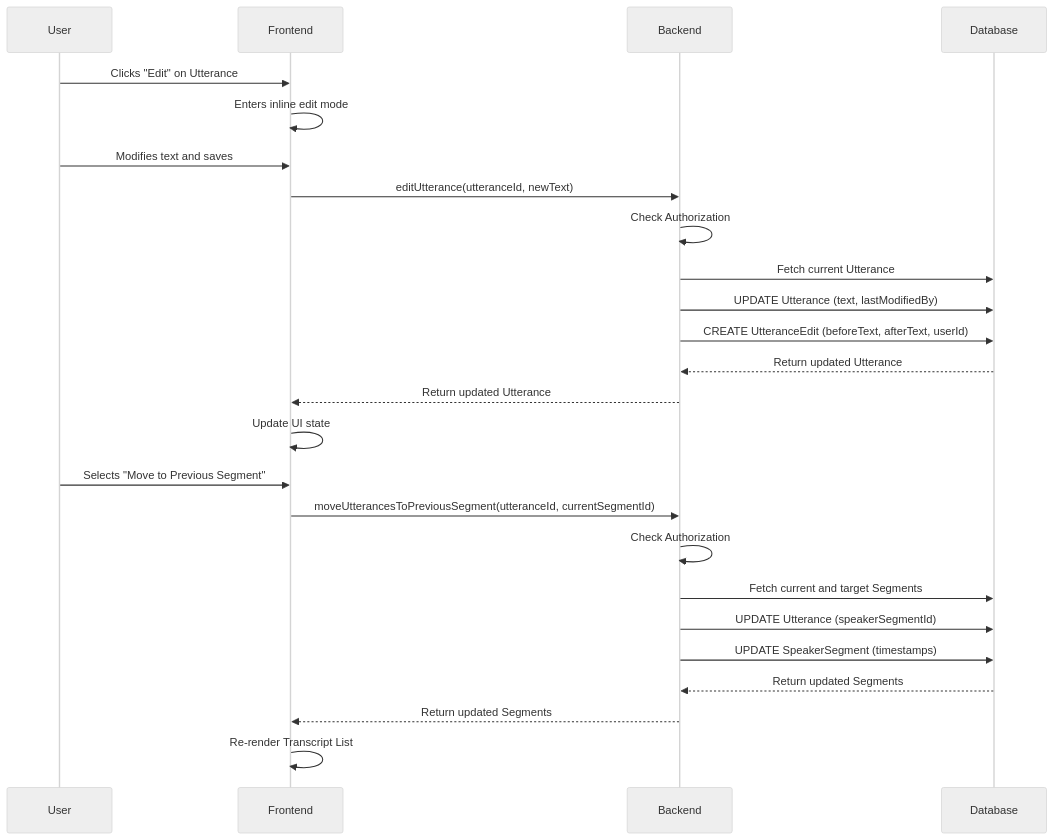
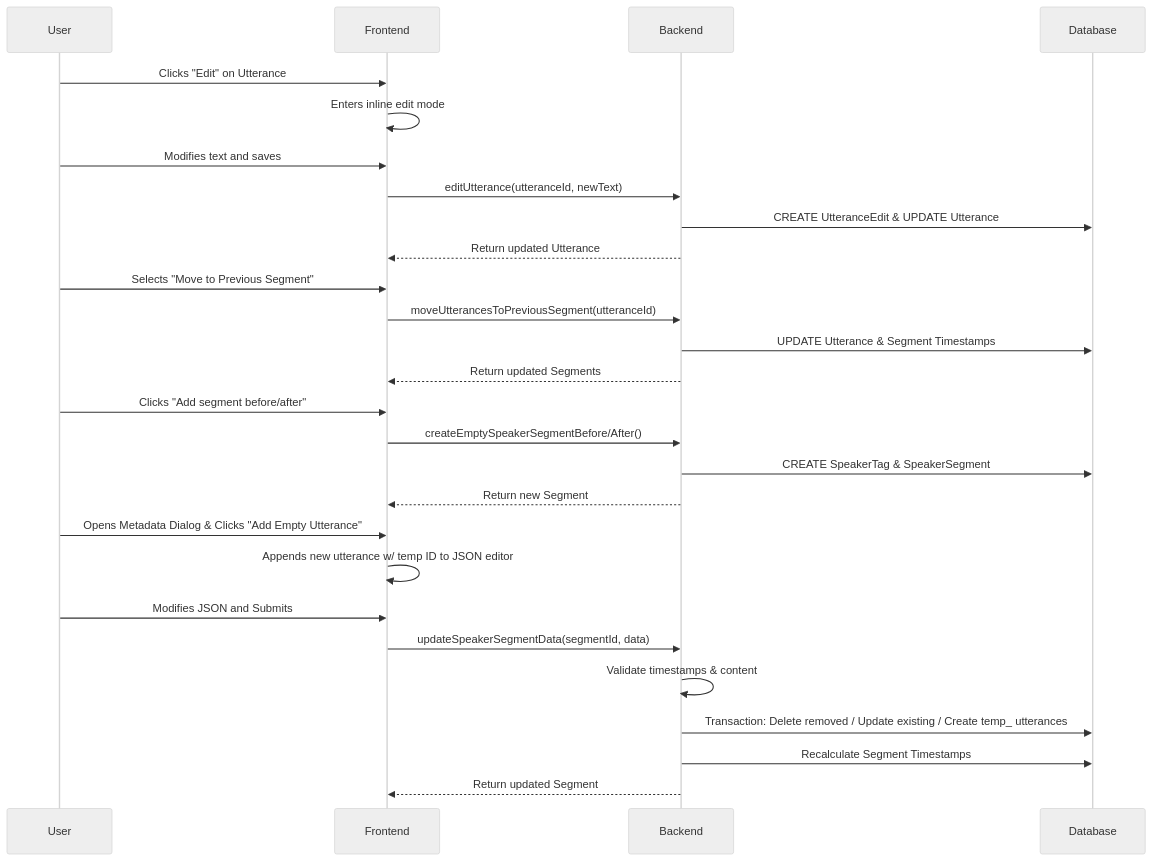
Before and after one commit to schemalabz/opencouncil: the diagram in docs/guides/editing-interface.md, drawn with Mermaid (neutral theme). The commit also changed other lines of this file and 3 other files, not shown here.

First line of the commit message:
feat(transcript): add functionality to add empty utterances in SpeakerSegmentMetadataDialog

````diff
--- a/docs/guides/editing-interface.md
+++ b/docs/guides/editing-interface.md
@@ -29,31 +38,37 @@
 ```mermaid
 sequenceDiagram
     participant User
     participant Frontend
     participant Backend
     participant Database
 
     %% Text Editing Flow
     User->>Frontend: Clicks "Edit" on Utterance
     Frontend->>Frontend: Enters inline edit mode
     User->>Frontend: Modifies text and saves
     Frontend->>Backend: editUtterance(utteranceId, newText)
-    Backend->>Backend: Check Authorization
-    Backend->>Database: Fetch current Utterance
-    Backend->>Database: UPDATE Utterance (text, lastModifiedBy)
-    Backend->>Database: CREATE UtteranceEdit (beforeText, afterText, userId)
-    Database-->>Backend: Return updated Utterance
+    Backend->>Database: CREATE UtteranceEdit & UPDATE Utterance
     Backend-->>Frontend: Return updated Utterance
-    Frontend->>Frontend: Update UI state
 
     %% Structural Editing Flow
     User->>Frontend: Selects "Move to Previous Segment"
-    Frontend->>Backend: moveUtterancesToPreviousSegment(utteranceId, currentSegmentId)
-    Backend->>Backend: Check Authorization
-    Backend->>Database: Fetch current and target Segments
-    Backend->>Database: UPDATE Utterance (speakerSegmentId)
-    Backend->>Database: UPDATE SpeakerSegment (timestamps)
-    Database-->>Backend: Return updated Segments
+    Frontend->>Backend: moveUtterancesToPreviousSegment(utteranceId)
+    Backend->>Database: UPDATE Utterance & Segment Timestamps
     Backend-->>Frontend: Return updated Segments
-    Frontend->>Frontend: Re-render Transcript List
+
+    %% Segment Creation Flow
+    User->>Frontend: Clicks "Add segment before/after"
+    Frontend->>Backend: createEmptySpeakerSegmentBefore/After()
+    Backend->>Database: CREATE SpeakerTag & SpeakerSegment
+    Backend-->>Frontend: Return new Segment
+
+    %% Advanced Segment Editing
+    User->>Frontend: Opens Metadata Dialog & Clicks "Add Empty Utterance"
+    Frontend->>Frontend: Appends new utterance w/ temp ID to JSON editor
+    User->>Frontend: Modifies JSON and Submits
+    Frontend->>Backend: updateSpeakerSegmentData(segmentId, data)
+    Backend->>Backend: Validate timestamps & content
+    Backend->>Database: Transaction: Delete removed / Update existing / Create temp_ utterances
+    Backend->>Database: Recalculate Segment Timestamps
+    Backend-->>Frontend: Return updated Segment
 ```
````
